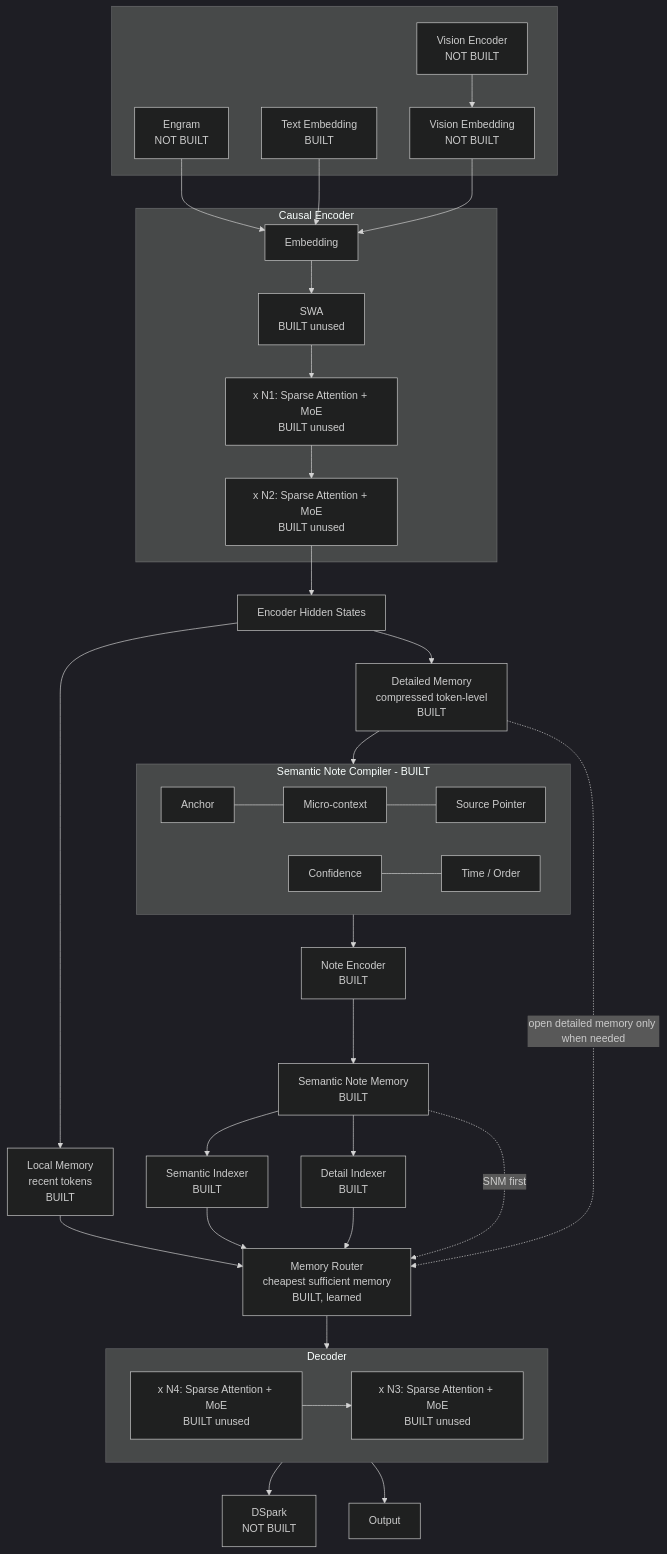
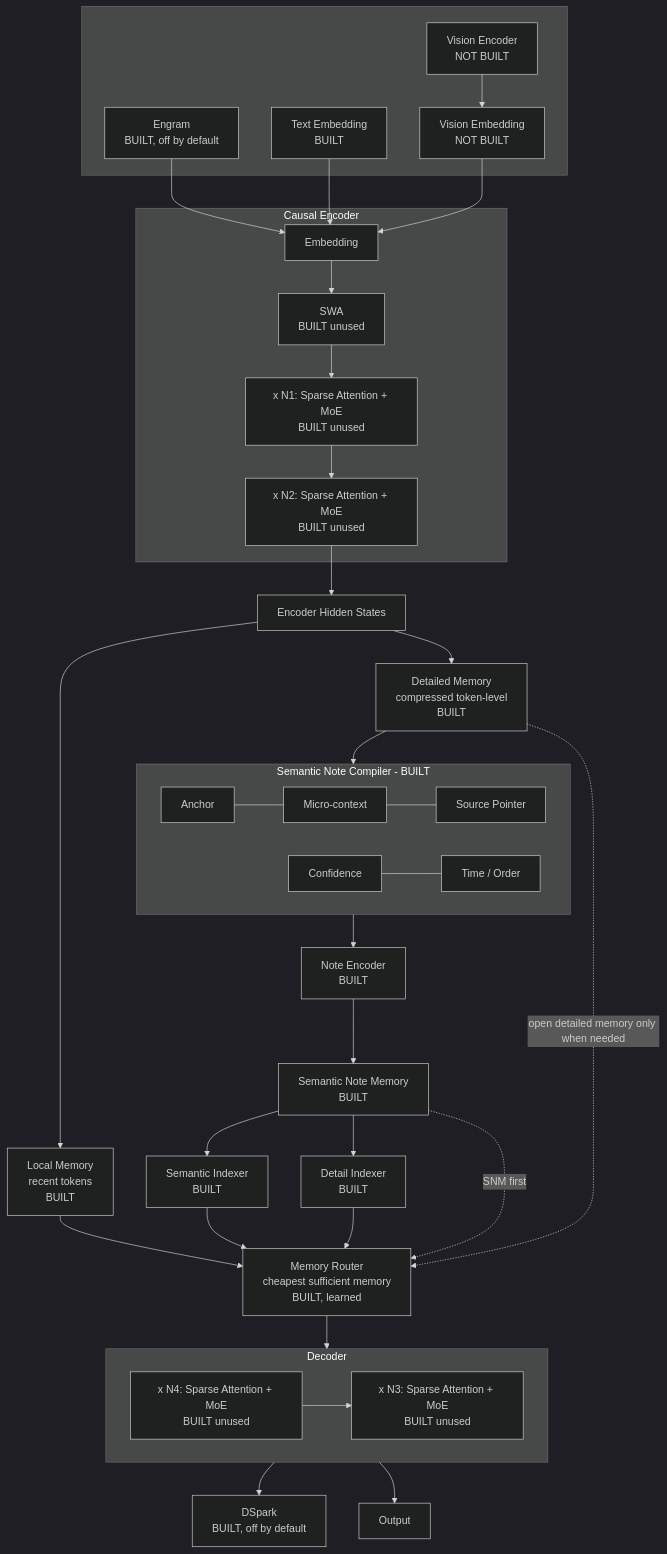
The diagram in docs/target_architecture.md (machimilah/LLM), drawn with Mermaid (dark theme) before and after one commit. The commit also changed other lines of this file and 11 other files, not shown here.

````diff
--- a/docs/target_architecture.md
+++ b/docs/target_architecture.md
@@ -7,49 +7,49 @@
 ```mermaid
 flowchart TB
     subgraph inputs[" "]
-        ENG[Engram<br/>NOT BUILT]
+        ENG[Engram<br/>BUILT, off by default]
         TXT[Text Embedding<br/>BUILT]
         VIS[Vision Embedding<br/>NOT BUILT]
         VE[Vision Encoder<br/>NOT BUILT]
         VE --> VIS
     end
 
     subgraph enc[Causal Encoder]
         EMB[Embedding] --> SWA[SWA<br/>BUILT unused]
         SWA --> B1["x N1: Sparse Attention + MoE<br/>BUILT unused"]
         B1 --> B2["x N2: Sparse Attention + MoE<br/>BUILT unused"]
     end
 
     ENG --> EMB
     TXT --> EMB
     VIS --> EMB
     B2 --> EHS[Encoder Hidden States]
 
     EHS --> LM[Local Memory<br/>recent tokens<br/>BUILT]
     EHS --> DM[Detailed Memory<br/>compressed token-level<br/>BUILT]
 
     DM --> SNC
     subgraph SNC[Semantic Note Compiler - BUILT]
         A[Anchor] --- MC[Micro-context] --- SP[Source Pointer]
         CF[Confidence] --- TO[Time / Order]
     end
 
     SNC --> NE[Note Encoder<br/>BUILT]
     NE --> SNM[Semantic Note Memory<br/>BUILT]
     SNM --> SI[Semantic Indexer<br/>BUILT]
     SNM --> DI[Detail Indexer<br/>BUILT]
 
     LM --> MR
     SI --> MR
     DI --> MR
     SNM -. SNM first .-> MR
     MR[Memory Router<br/>cheapest sufficient memory<br/>BUILT, learned]
     DM -. open detailed memory only when needed .-> MR
 
     MR --> dec
     subgraph dec[Decoder]
         D1["x N4: Sparse Attention + MoE<br/>BUILT unused"] --> D2["x N3: Sparse Attention + MoE<br/>BUILT unused"]
     end
-    dec --> DS[DSpark<br/>NOT BUILT]
+    dec --> DS[DSpark<br/>BUILT, off by default]
     dec --> OUT[Output]
 ```
````
